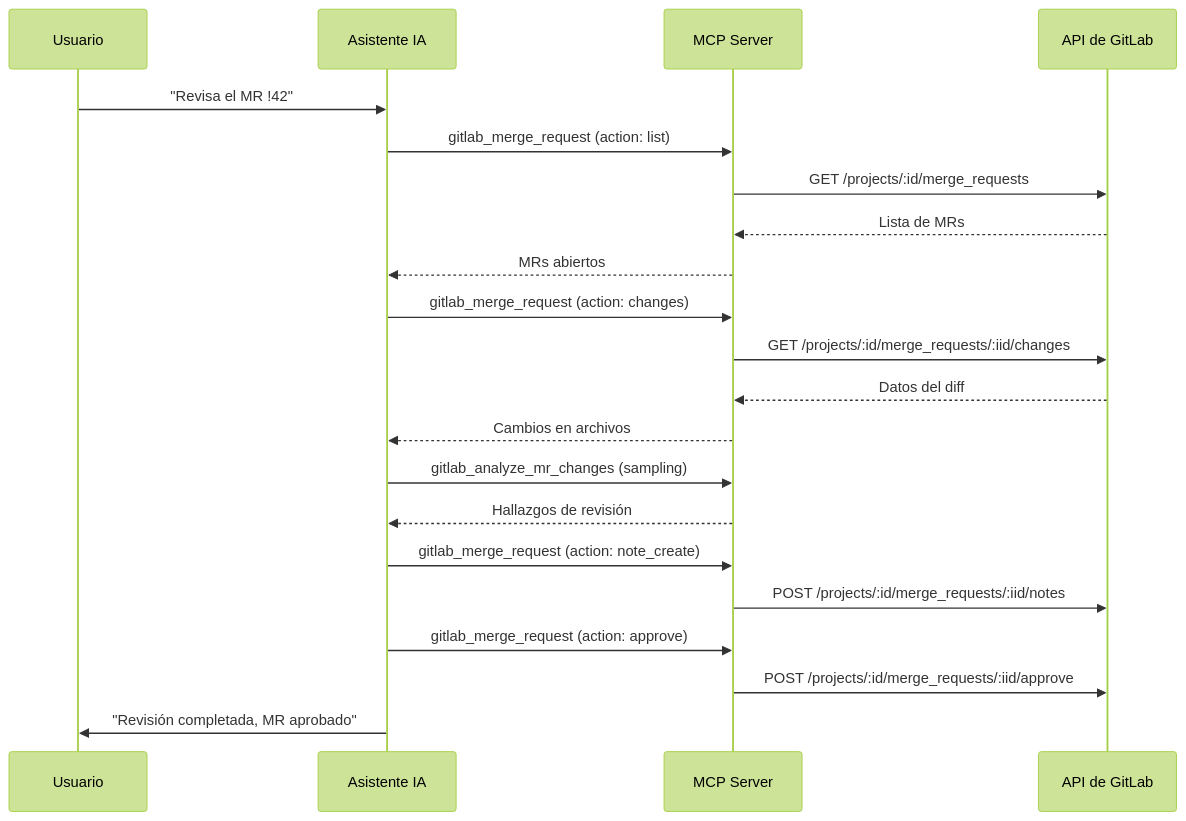
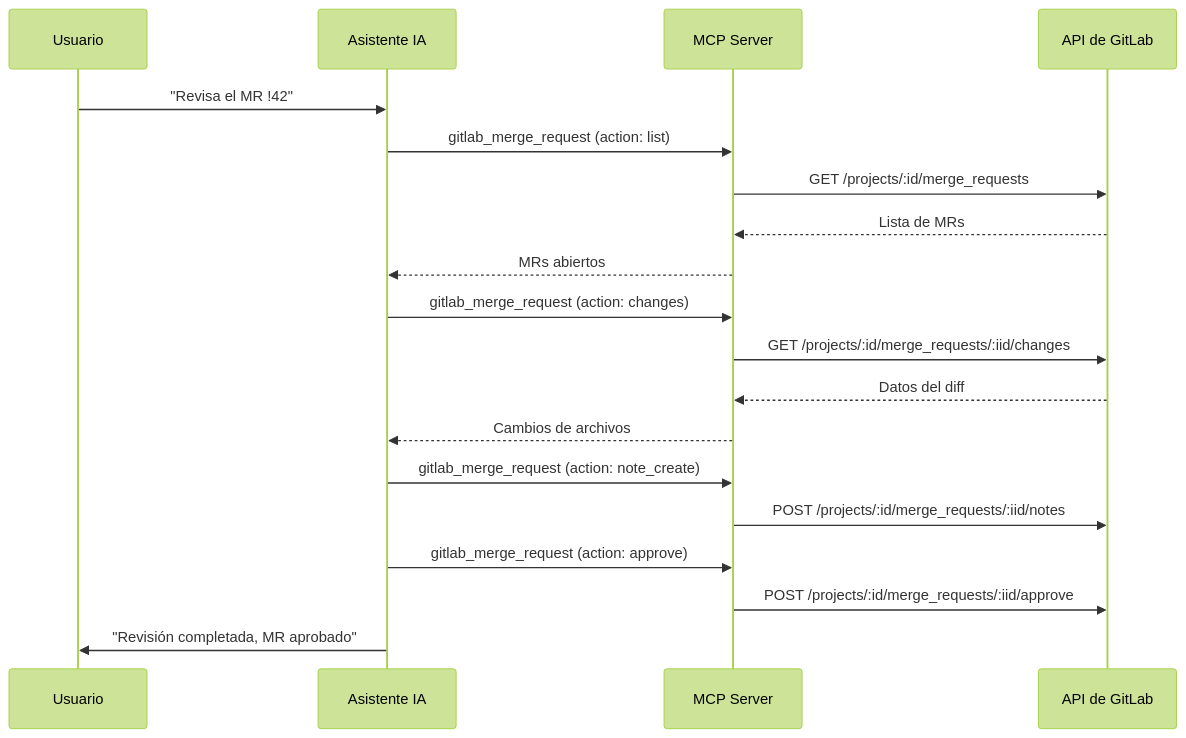
Before and after one commit to jmrplens/gitlab-mcp-server: the diagram in site/src/content/docs/es/examples/code-review-workflows.mdx, drawn with Mermaid (forest theme). The commit also changed other lines of this file and 198 other files, not shown here.

````diff
--- a/site/src/content/docs/es/examples/code-review-workflows.mdx
+++ b/site/src/content/docs/es/examples/code-review-workflows.mdx
@@ -30,24 +30,22 @@
 ```mermaid
 sequenceDiagram
     participant U as Usuario
     participant AI as Asistente IA
     participant MCP as MCP Server
     participant GL as API de GitLab
 
     U->>AI: "Revisa el MR !42"
     AI->>MCP: gitlab_merge_request (action: list)
     MCP->>GL: GET /projects/:id/merge_requests
     GL-->>MCP: Lista de MRs
     MCP-->>AI: MRs abiertos
     AI->>MCP: gitlab_merge_request (action: changes)
     MCP->>GL: GET /projects/:id/merge_requests/:iid/changes
     GL-->>MCP: Datos del diff
-    MCP-->>AI: Cambios en archivos
-    AI->>MCP: gitlab_analyze_mr_changes (sampling)
-    MCP-->>AI: Hallazgos de revisión
+    MCP-->>AI: Cambios de archivos
     AI->>MCP: gitlab_merge_request (action: note_create)
     MCP->>GL: POST /projects/:id/merge_requests/:iid/notes
     AI->>MCP: gitlab_merge_request (action: approve)
     MCP->>GL: POST /projects/:id/merge_requests/:iid/approve
     AI->>U: "Revisión completada, MR aprobado"
 ```
````
